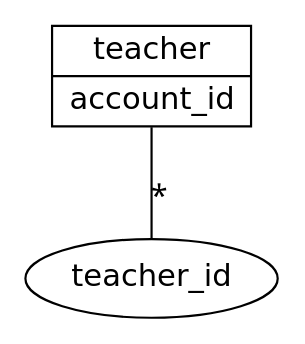
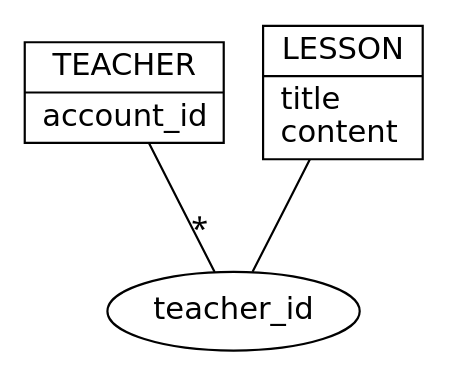
Before and after one commit to lduran2/project-lexicallearner: the diagram in doc/database_diagrams/lesson-database.dot, drawn with Graphviz.

Commit message:
added lesson to lessons database

```diff
--- a/doc/database_diagrams/lesson-database.dot
+++ b/doc/database_diagrams/lesson-database.dot
@@ -1,16 +1,28 @@
 graph LexicalLearner {
+    /* default node shape */
     node [
         shape = "record",
         fontname = "Verdana,DejaVu Sans,Bitstream Vera Sans"
     ];
 
-    teacher [
+    /* entities */
+
+    TEACHER [
         label = "{\N|
             account_id\l
         }";
     ];
 
+    LESSON [
+        label = "{\N|
+            title\lcontent\l
+        }";
+    ];
+
+    /* shared attributes */
+
     teacher_id [shape="ellipse"];
 
-    teacher -- teacher_id [label="⁎"];
+    TEACHER -- teacher_id [label="⁎"];
+    LESSON -- teacher_id;
 }
```
